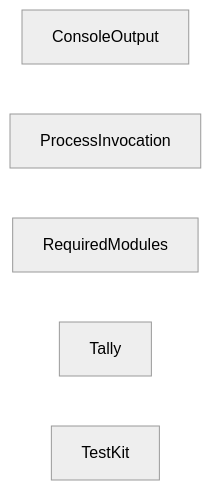
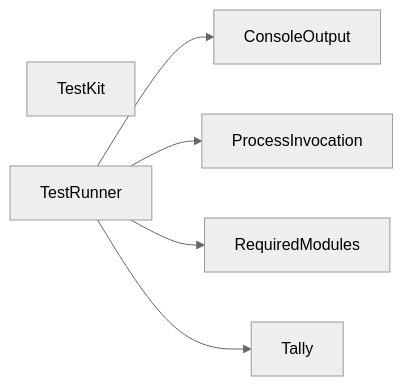
One commit to TaffarelJr/powershell-modules changed the diagram in README.md. Above: the diagram before and after it, drawn with Mermaid (neutral theme). The commit also changed other lines of this file and 27 other files, not shown here.

First line of the commit message:
feat: add the TaffarelJr.TestRunner module

````diff
--- a/README.md
+++ b/README.md
@@ -28,8 +29,14 @@
 ```mermaid
 graph LR
     ConsoleOutput["ConsoleOutput"]
     ProcessInvocation["ProcessInvocation"]
     RequiredModules["RequiredModules"]
     Tally["Tally"]
     TestKit["TestKit"]
+    TestRunner["TestRunner"]
+
+    TestRunner --> ConsoleOutput
+    TestRunner --> ProcessInvocation
+    TestRunner --> RequiredModules
+    TestRunner --> Tally
 ```
````
